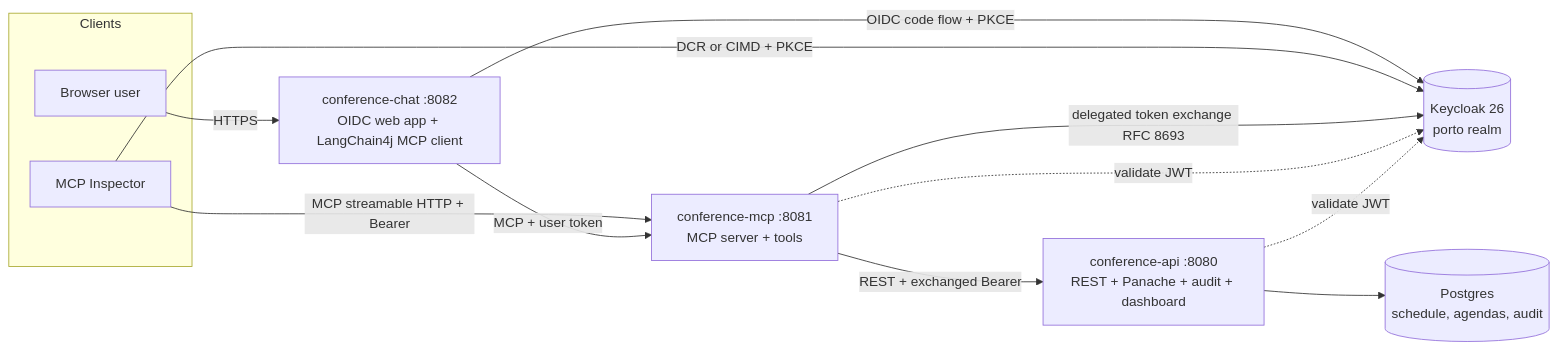
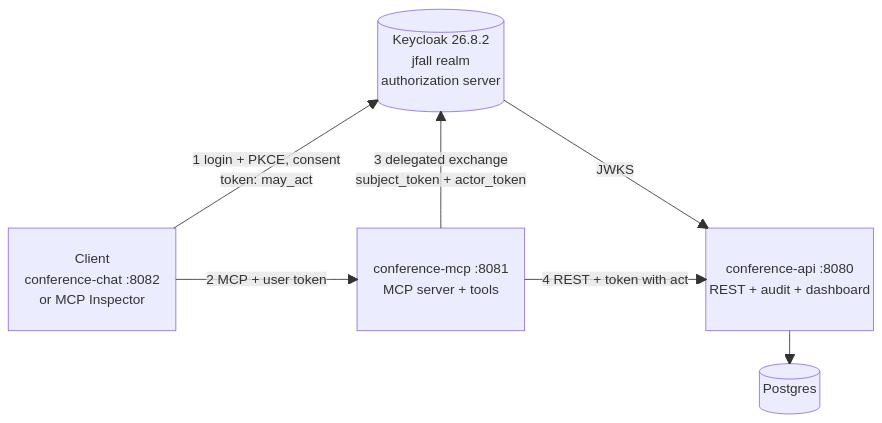
Before and after one commit to wjglerum/quarkus-mcp-jfall-2026: the first of 2 diagrams in README.md, drawn with Mermaid. The commit also changed other lines of this file and 38 other files, not shown here.

````diff
--- a/README.md
+++ b/README.md
@@ -25,24 +25,22 @@
 ```mermaid
-graph LR
-  subgraph clients[Clients]
-    USR[Browser user]
-    INS[MCP Inspector]
-  end
+block-beta
+  columns 5
+  space:2
+  KC[("Keycloak 26.8.2\njfall realm\nauthorization server")]
+  space:2
+  space:5
+  CLIENT["Client\nconference-chat :8082\nor MCP Inspector"]
+  space
+  MCP["conference-mcp :8081\nMCP server + tools"]
+  space
+  API["conference-api :8080\nREST + audit + dashboard"]
+  space:4
+  DB[("Postgres")]
 
-  CHAT["conference-chat :8082<br/>OIDC web app + LangChain4j MCP client"]
-  MCP["conference-mcp :8081<br/>MCP server + tools"]
-  API["conference-api :8080<br/>REST + Panache + audit + dashboard"]
-  KC[("Keycloak 26<br/>porto realm")]
-  DB[("Postgres<br/>schedule, agendas, audit")]
-
-  USR -->|HTTPS| CHAT
-  INS -->|MCP streamable HTTP + Bearer| MCP
-  CHAT -->|MCP + user token| MCP
-  CHAT -->|OIDC code flow + PKCE| KC
-  INS -->|DCR or CIMD + PKCE| KC
-  MCP -->|delegated token exchange RFC 8693| KC
-  MCP -->|REST + exchanged Bearer| API
-  MCP -.->|validate JWT| KC
-  API -.->|validate JWT| KC
+  CLIENT -- "1 login + PKCE, consent\ntoken: may_act" --> KC
+  MCP -- "3 delegated exchange\nsubject_token + actor_token" --> KC
+  KC -- "JWKS" --> API
+  CLIENT -- "2 MCP + user token" --> MCP
+  MCP -- "4 REST + token with act" --> API
   API --> DB
 ```
````
